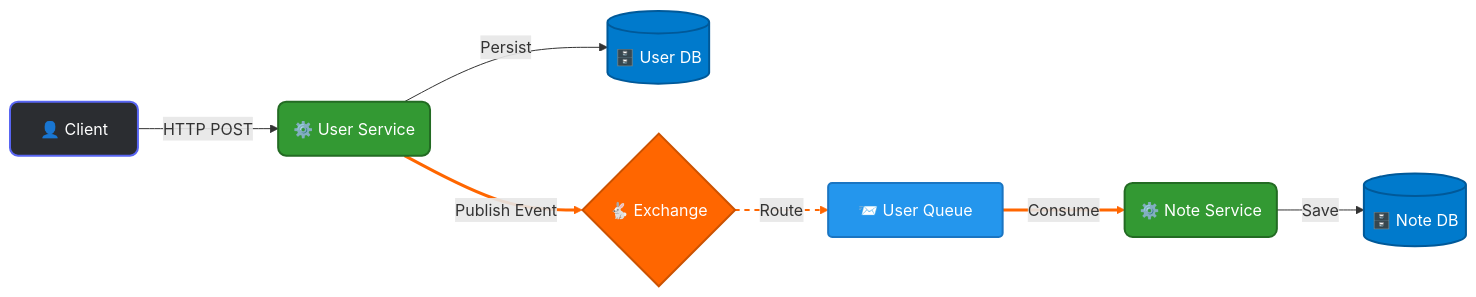
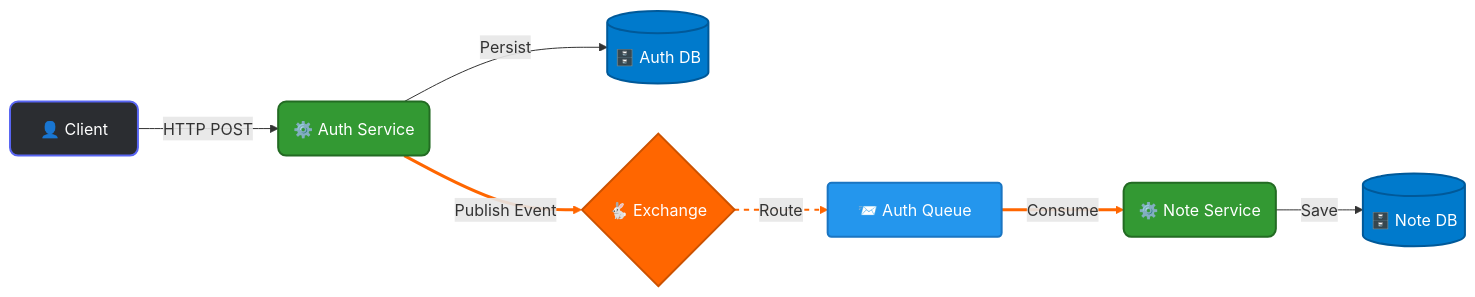
The diagram in README.md (Learning-and-Exploring/note-rabbitmq), drawn with Mermaid before and after one commit. The commit also changed other lines of this file and 45 other files, not shown here.

````diff
--- a/README.md
+++ b/README.md
@@ -44,31 +44,31 @@
 ```mermaid
 graph LR
     %% Custom Styles
     classDef client fill:#2b2d31,stroke:#5865f2,stroke-width:2px,color:#fff,rx:8,ry:8
     classDef service fill:#339933,stroke:#236b23,stroke-width:2px,color:#fff,rx:8,ry:8
     classDef db fill:#007ACC,stroke:#005999,stroke-width:2px,color:#fff,rx:8,ry:8
     classDef broker fill:#FF6600,stroke:#cc5200,stroke-width:2px,color:#fff,rx:15,ry:15
     classDef queue fill:#2496ED,stroke:#1a75c2,stroke-width:2px,color:#fff,rx:4,ry:4
 
     %% Nodes
     A[👤 Client]:::client
-    B(⚙️ User Service):::service
-    B_DB[(🗄️ User DB)]:::db
+    B(⚙️ Auth Service):::service
+    B_DB[(🗄️ Auth DB)]:::db
     C{🐇 Exchange}:::broker
-    D[📨 User Queue]:::queue
+    D[📨 Auth Queue]:::queue
     E(⚙️ Note Service):::service
     E_DB[(🗄️ Note DB)]:::db
 
     %% Edges
     A -->|HTTP POST| B
     B -->|Persist| B_DB
     B ==>|Publish Event| C
     C -.->|Route| D
     D ==>|Consume| E
     E -->|Save| E_DB
 
     %% Highlight the RabbitMQ Event Path
     linkStyle 2 stroke:#FF6600,stroke-width:3px
     linkStyle 3 stroke:#FF6600,stroke-width:2px,stroke-dasharray: 5 5
     linkStyle 4 stroke:#FF6600,stroke-width:3px
 ```
````
